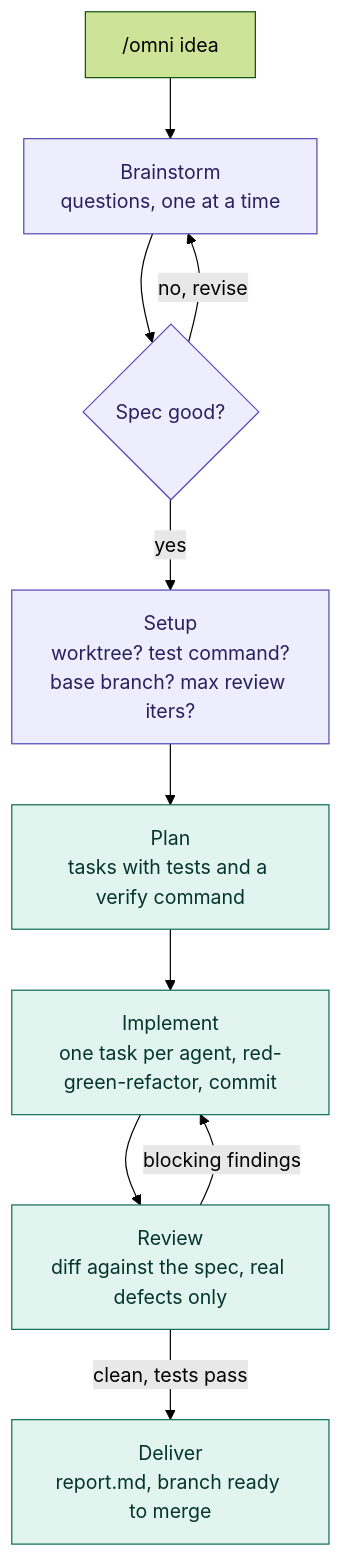
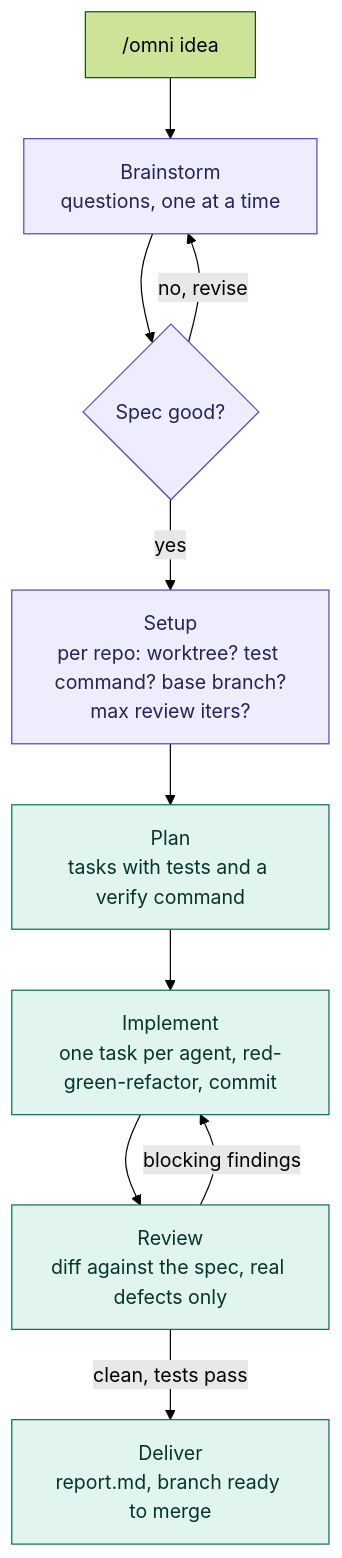
Before and after one commit to himkit/omni-pipeline-plugin: the first of 2 diagrams in README.md, drawn with Mermaid (forest theme). The commit also changed other lines of this file and 3 other files, not shown here.

````diff
--- a/README.md
+++ b/README.md
@@ -100,17 +100,17 @@
 ```mermaid
 flowchart TD
     A["/omni idea"] --> B["Brainstorm<br/>questions, one at a time"]
     B --> C{"Spec good?"}
     C -- "no, revise" --> B
-    C -- "yes" --> D["Setup<br/>worktree? test command?<br/>base branch? max review iters?"]
+    C -- "yes" --> D["Setup<br/>per repo: worktree? test command? base branch?<br/>max review iters?"]
     D --> E["Plan<br/>tasks with tests and a verify command"]
     E --> F["Implement<br/>one task per agent, red-green-refactor, commit"]
     F --> G["Review<br/>diff against the spec, real defects only"]
     G -- "blocking findings" --> F
     G -- "clean, tests pass" --> H["Deliver<br/>report.md, branch ready to merge"]
 
     classDef human fill:#EEEDFE,stroke:#534AB7,color:#26215C
     classDef auto fill:#E1F5EE,stroke:#0F6E56,color:#04342C
     class B,C,D human
     class E,F,G,H auto
 ```
````
